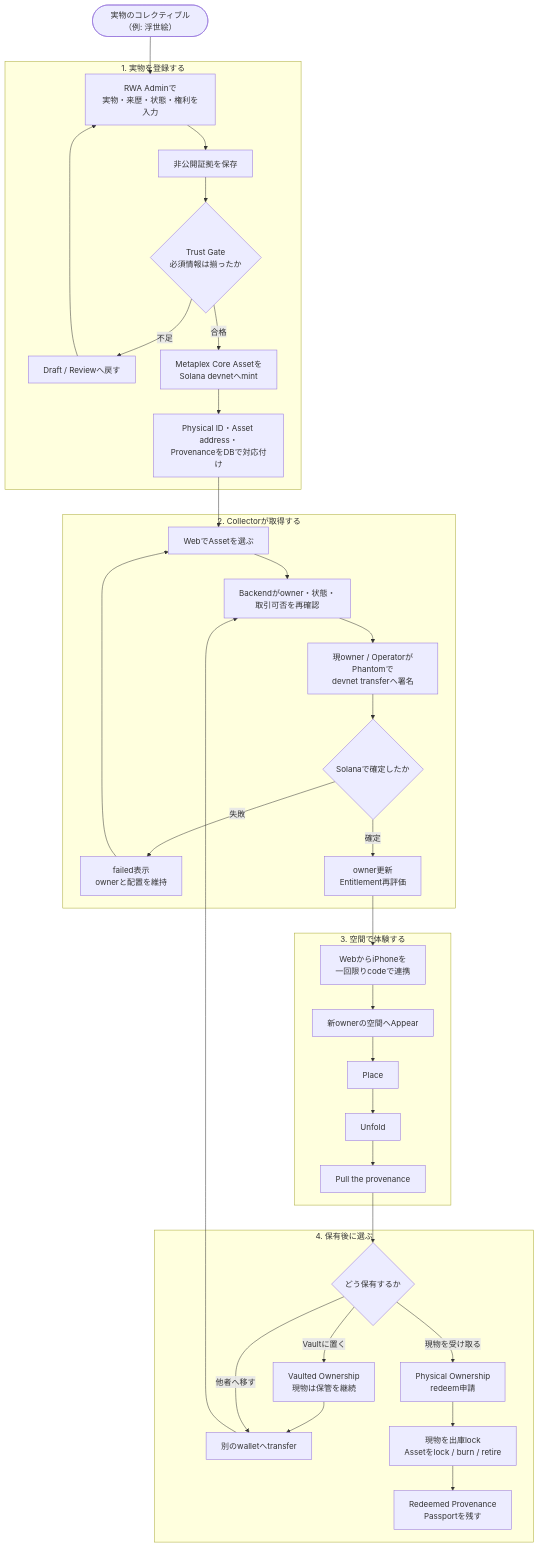
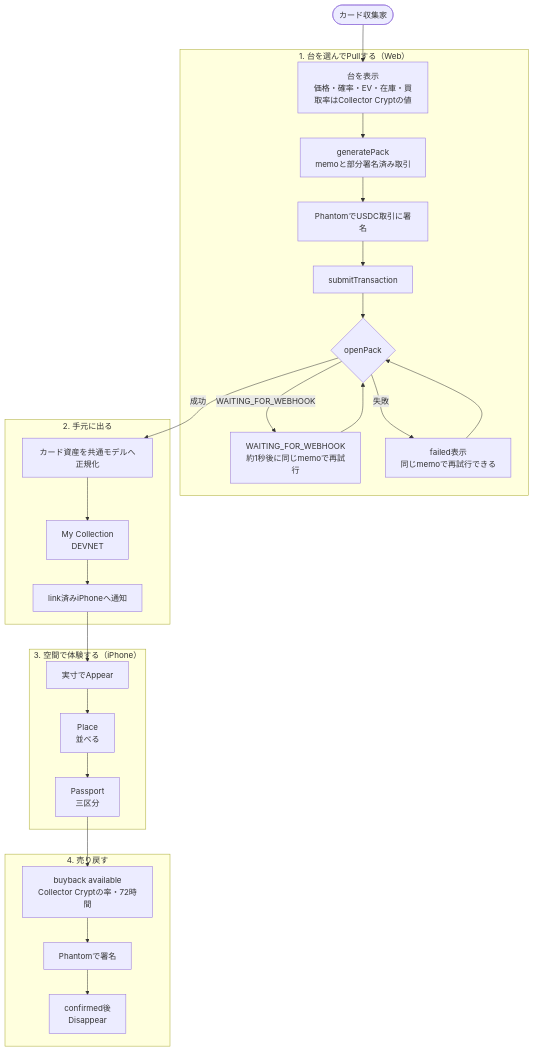
One commit to arisanari/collectibles-ar changed the second of 3 diagrams in docs/architecture.md. Above: the diagram before and after it, drawn with Mermaid. The commit also changed other lines of this file and 75 other files, not shown here.

First line of the commit message:
feat: pivot to SlabAR, host Collector Crypt gacha on devnet

````diff
--- a/docs/architecture.md
+++ b/docs/architecture.md
@@ -91,52 +101,38 @@
 ```mermaid
 flowchart TB
-    Start([実物のコレクティブル（例: 浮世絵）])
+    Start([カード収集家])
 
-    subgraph Register[1. 実物を登録する]
-        Admin[RWA Adminで<br/>実物・来歴・状態・権利を入力]
-        Evidence[非公開証拠を保存]
-        Gate{Trust Gate<br/>必須情報は揃ったか}
-        Review[Draft / Reviewへ戻す]
-        Mint[Metaplex Core Assetを<br/>Solana devnetへmint]
-        Model[Physical ID・Asset address・<br/>ProvenanceをDBで対応付け]
+    subgraph Pull[1. 台を選んでPullする（Web）]
+        Machines[台を表示<br/>価格・確率・EV・在庫・買取率はCollector Cryptの値]
+        Gen[generatePack<br/>memoと部分署名済み取引]
+        Sign[PhantomでUSDC取引に署名]
+        Submit[submitTransaction]
+        Open{openPack}
+        Wait[WAITING_FOR_WEBHOOK<br/>約1秒後に同じmemoで再試行]
+        Fail[failed表示<br/>同じmemoで再試行できる]
     end
 
-    subgraph Acquire[2. Collectorが取得する]
-        Select[WebでAssetを選ぶ]
-        Check[Backendがowner・状態・<br/>取引可否を再確認]
-        Sign[現owner / OperatorがPhantomで<br/>devnet transferへ署名]
-        Confirm{Solanaで確定したか}
-        Failed[failed表示<br/>ownerと配置を維持]
-        Entitlement[owner更新<br/>Entitlement再評価]
+    subgraph Collect[2. 手元に出る]
+        Norm[カード資産を共通モデルへ正規化]
+        Coll[My Collection<br/>DEVNET]
+        Link[link済みiPhoneへ通知]
     end
 
-    subgraph Experience[3. 空間で体験する]
-        Link[WebからiPhoneを<br/>一回限りcodeで連携]
-        Appear[新ownerの空間へAppear]
-        Place[Place]
-        Unfold[Unfold]
-        Pull[Pull the provenance]
+    subgraph Space[3. 空間で体験する（iPhone）]
+        Appear[実寸でAppear]
+        Place[Place<br/>並べる]
+        Passport[Passport<br/>三区分]
     end
 
-    subgraph Next[4. 保有後に選ぶ]
-        Choice{どう保有するか}
-        Vault[Vaulted Ownership<br/>現物は保管を継続]
-        Transfer[別のwalletへtransfer]
-        Redeem[Physical Ownership<br/>redeem申請]
-        Lock[現物を出庫lock<br/>Assetをlock / burn / retire]
-        Passport[Redeemed Provenance<br/>Passportを残す]
+    subgraph Exit[4. 売り戻す]
+        BB[buyback available<br/>Collector Cryptの率・72時間]
+        BSign[Phantomで署名]
+        Gone[confirmed後<br/>Disappear]
     end
 
-    Start --> Admin
-    Admin --> Evidence --> Gate
-    Gate -- 不足 --> Review --> Admin
-    Gate -- 合格 --> Mint --> Model
-    Model --> Select --> Check --> Sign --> Confirm
-    Confirm -- 失敗 --> Failed --> Select
-    Confirm -- 確定 --> Entitlement
-    Entitlement --> Link --> Appear --> Place --> Unfold --> Pull --> Choice
-    Choice -- Vaultに置く --> Vault --> Transfer
-    Choice -- 他者へ移す --> Transfer
-    Transfer --> Check
-    Choice -- 現物を受け取る --> Redeem --> Lock --> Passport
+    Start --> Machines --> Gen --> Sign --> Submit --> Open
+    Open -- WAITING_FOR_WEBHOOK --> Wait --> Open
+    Open -- 失敗 --> Fail --> Open
+    Open -- 成功 --> Norm --> Coll --> Link --> Appear --> Place --> Passport
+    Passport --> BB --> BSign --> Gone
 ```
````
